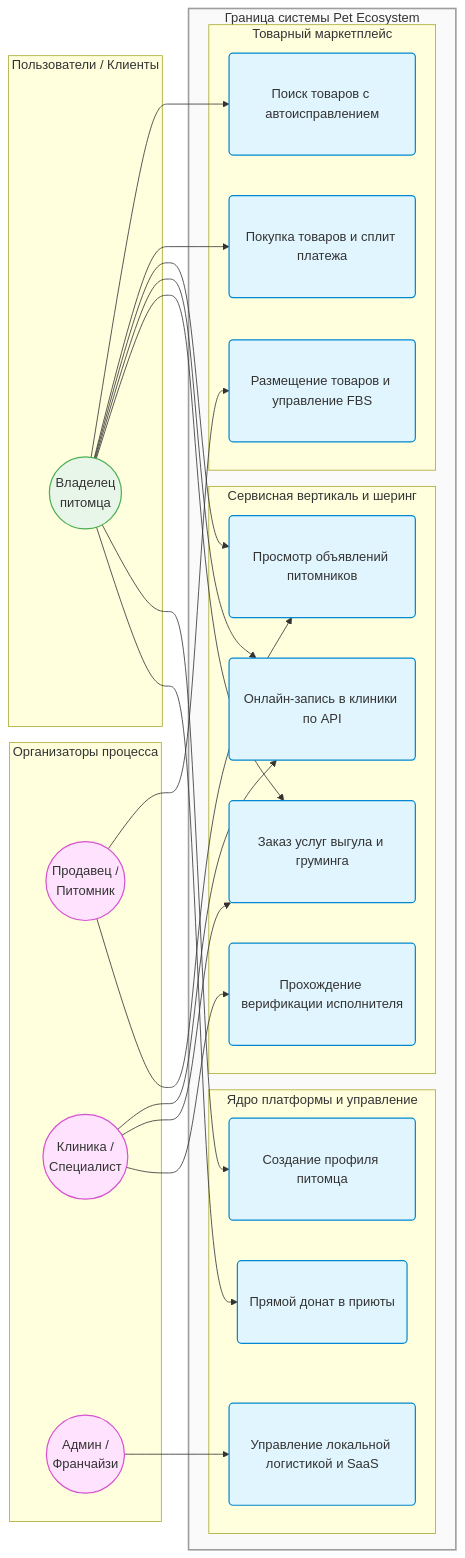
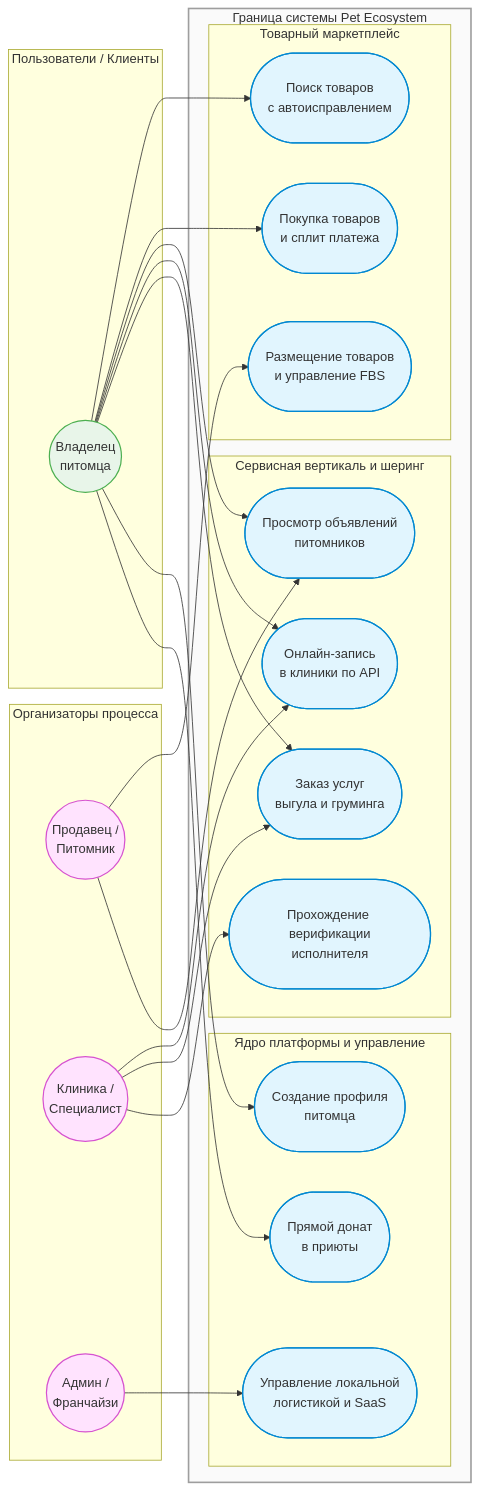
Before and after one commit to Hiken333/zoo_market: the second of 2 diagrams in README.md, drawn with Mermaid. The commit also changed other lines of this file, not shown here.

Commit message:
fix: исправил отображение usecase диграммы

````diff
--- a/README.md
+++ b/README.md
@@ -87,64 +87,63 @@
 ```mermaid
 flowchart LR
     subgraph Client_Side [Пользователи / Клиенты]
         A1((Владелец<br/>питомца))
     end
 
     subgraph Process_Owners [Организаторы процесса]
         A2((Продавец /<br/>Питомник))
         A3((Клиника /<br/>Специалист))
         A4((Админ /<br/>Франчайзи))
     end
 
     subgraph Platform [Граница системы Pet Ecosystem]
         subgraph UC_Goods [Товарный маркетплейс]
-            UC1(Поиск товаров с автоисправлением)
-            UC2(Покупка товаров и сплит платежа)
-            UC3(Размещение товаров и управление FBS)
+            UC1([Поиск товаров<br/>с автоисправлением])
+            UC2([Покупка товаров<br/>и сплит платежа])
+            UC3([Размещение товаров<br/>и управление FBS])
         end
         
         subgraph UC_Services [Сервисная вертикаль и шеринг]
-            UC4(Просмотр объявлений питомников)
-            UC5(Онлайн-запись в клиники по API)
-            UC6(Заказ услуг выгула и груминга)
-            UC7(Прохождение верификации исполнителя)
+            UC4([Просмотр объявлений<br/>питомников])
+            UC5([Онлайн-запись<br/>в клиники по API])
+            UC6([Заказ услуг<br/>выгула и груминга])
+            UC7([Прохождение верификации<br/>исполнителя])
         end
 
         subgraph UC_Core [Ядро платформы и управление]
-            UC8(Создание профиля питомца)
-            UC9(Прямой донат в приюты)
-            UC10(Управление локальной логистикой и SaaS)
+            UC8([Создание профиля<br/>питомца])
+            UC9([Прямой донат<br/>в приюты])
+            UC10([Управление локальной<br/>логистикой и SaaS])
         end
     end
 
     %% Взаимодействия конечных пользователей
     A1 --> UC1
     A1 --> UC2
     A1 --> UC4
     A1 --> UC5
     A1 --> UC6
     A1 --> UC8
     A1 --> UC9
 
     %% Взаимодействия организаторов процесса
     A2 --> UC3
     A2 --> UC4
 
     A3 --> UC5
     A3 --> UC6
     A3 --> UC7
 
     A4 --> UC10
 
     classDef client fill:#E8F5E9,stroke:#4CAF50,stroke-width:1.5px;
     classDef owner fill:#FFE3FE,stroke:#D652D0,stroke-width:1.5px;
     
-    %% Принудительно задаем фиксированную минимальную ширину и отступы для блоков
-    classDef usecase fill:#E1F5FE,stroke:#0288D1,stroke-width:1.5px,min-width:280px,padding:15px,max-width:350px;
+    %% Удалены некорректные для GitHub стили min-width/max-width. Добавлен внутренний отступ.
+    classDef usecase fill:#E1F5FE,stroke:#0288D1,stroke-width:1.5px,padding:10px;
     
     class A1 client;
     class A2,A3,A4 owner;
     class UC1,UC2,UC3,UC4,UC5,UC6,UC7,UC8,UC9,UC10 usecase;
     style Platform fill:#FAFAFA,stroke:#9E9E9E,stroke-width:2px;
-
 ```
````
